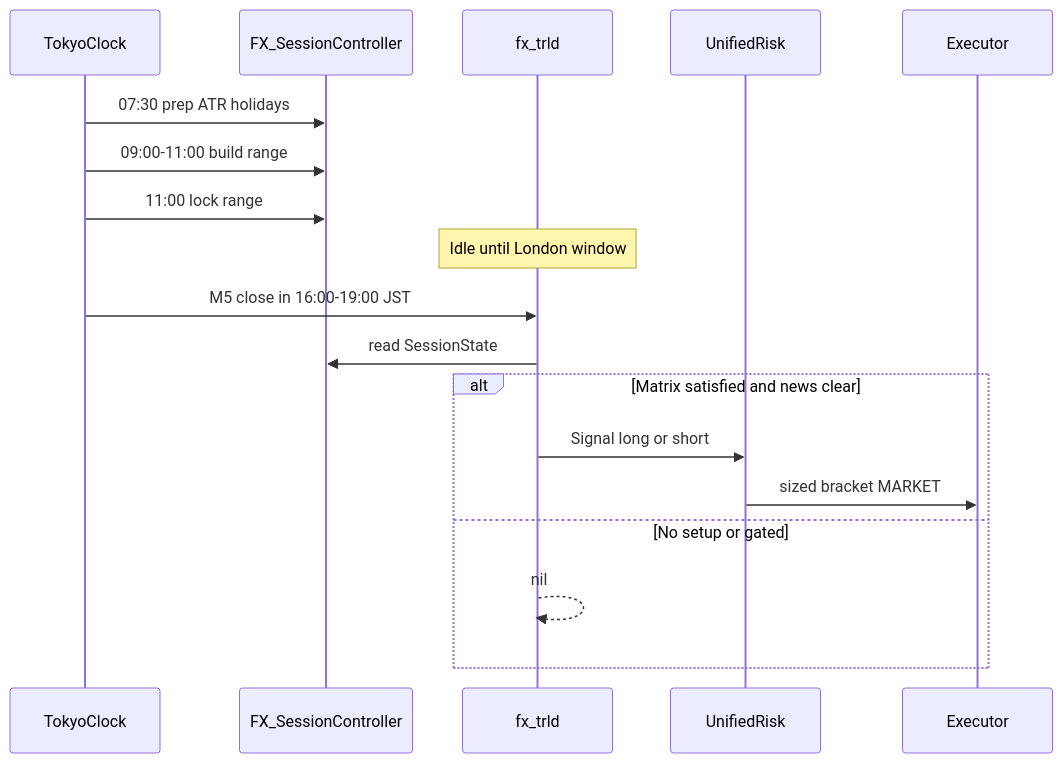
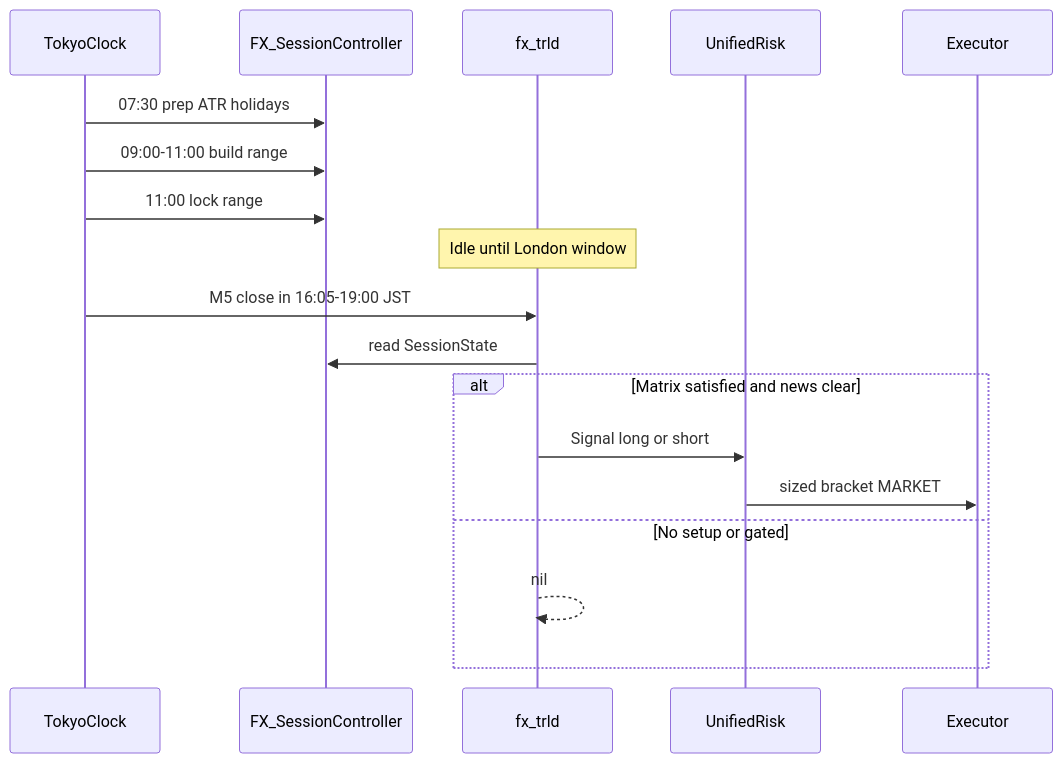
Before and after one commit to yogesh-insta/tradex: the third of 4 diagrams in docs/fx-usdjpy-architecture.md, drawn with Mermaid. The commit also changed other lines of this file and 8 other files, not shown here.

````diff
--- a/docs/fx-usdjpy-architecture.md
+++ b/docs/fx-usdjpy-architecture.md
@@ -148,21 +148,21 @@
 ```mermaid
 sequenceDiagram
   participant Clock as TokyoClock
   participant FXC as FX_SessionController
   participant TRLD as fx_trld
   participant Risk as UnifiedRisk
   participant Exec as Executor
 
   Clock->>FXC: 07:30 prep ATR holidays
   Clock->>FXC: 09:00-11:00 build range
   Clock->>FXC: 11:00 lock range
   Note over TRLD: Idle until London window
-  Clock->>TRLD: M5 close in 16:00-19:00 JST
+  Clock->>TRLD: M5 close in 16:05-19:00 JST
   TRLD->>FXC: read SessionState
   alt Matrix satisfied and news clear
     TRLD->>Risk: Signal long or short
     Risk->>Exec: sized bracket MARKET
   else No setup or gated
     TRLD-->>TRLD: nil
   end
 ```
````
